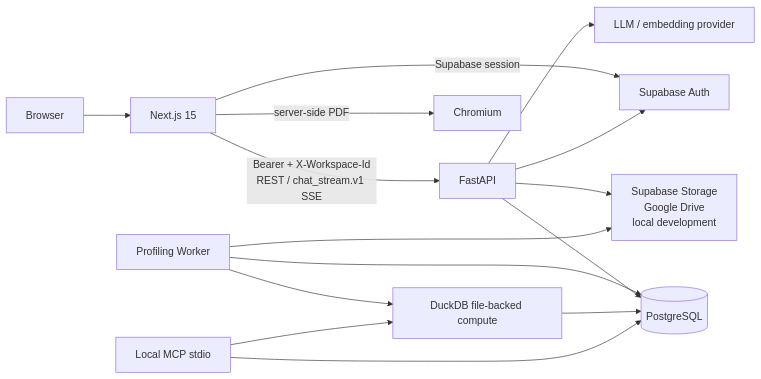
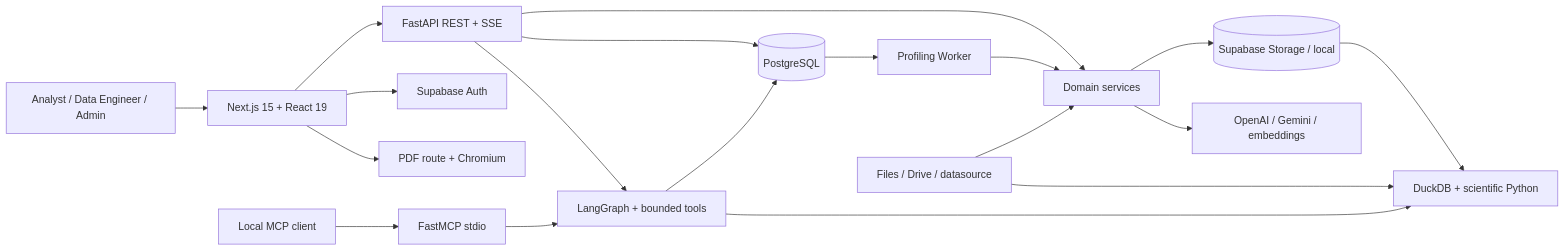
The first of 5 diagrams in ARCHITECTURE.md (mhiu05/VDaAgent), drawn with Mermaid before and after one commit. The commit also changed other lines of this file and 2 other files, not shown here.

Commit message:
docs(project): document setup and system architecture

````diff
--- a/ARCHITECTURE.md
+++ b/ARCHITECTURE.md
@@ -7,17 +22,21 @@
 ```mermaid
 flowchart LR
-  U[Browser] --> N[Next.js 15]
-  N -->|Bearer + X-Workspace-Id<br/>REST / chat_stream.v1 SSE| A[FastAPI]
-  N -->|Supabase session| SA[Supabase Auth]
-  N -->|server-side PDF| PDF[Chromium]
-  A --> SA
-  A --> DB[(PostgreSQL)]
-  A --> ST[Supabase Storage<br/>Google Drive<br/>local development]
-  A --> LLM[LLM / embedding provider]
-  W[Profiling Worker] --> DB
-  W --> ST
-  W --> D[DuckDB file-backed compute]
-  D --> DB
-  MCP[Local MCP stdio] --> DB
-  MCP --> D
+  U[Analyst / Data Engineer / Admin] --> FE[Next.js 15 + React 19]
+  FE --> API[FastAPI REST + SSE]
+  FE --> AUTH[Supabase Auth]
+  FE --> PDF[PDF route + Chromium]
+  API --> SVC[Domain services]
+  API --> TOOL[LangGraph + bounded tools]
+  API --> PG[(PostgreSQL)]
+  PG --> W[Profiling Worker]
+  W --> SVC
+  SOURCE[Files / Drive / datasource] --> SVC
+  SVC --> STORE[(Supabase Storage / local)]
+  STORE --> DUCK[DuckDB + scientific Python]
+  SOURCE --> DUCK
+  SVC --> AI[OpenAI / Gemini / embeddings]
+  MCPCLIENT[Local MCP client] --> MCP[FastMCP stdio]
+  MCP --> TOOL
+  TOOL --> PG
+  TOOL --> DUCK
 ```
````
